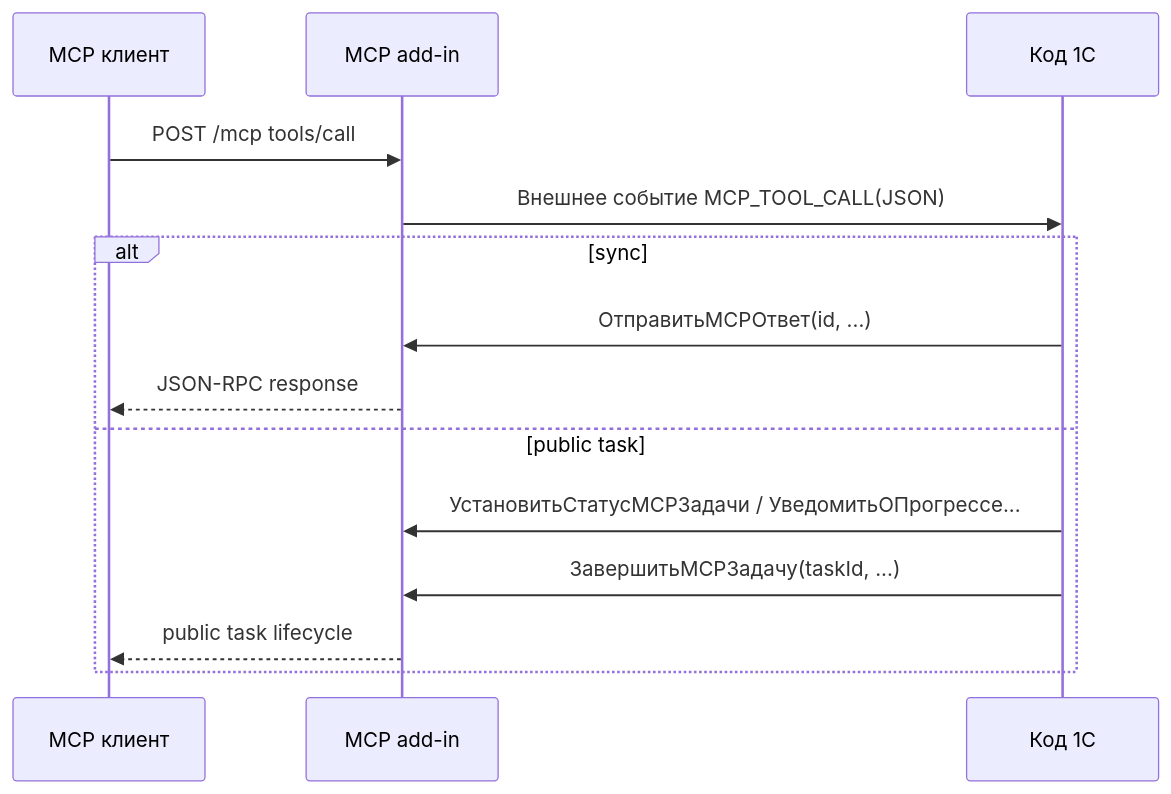
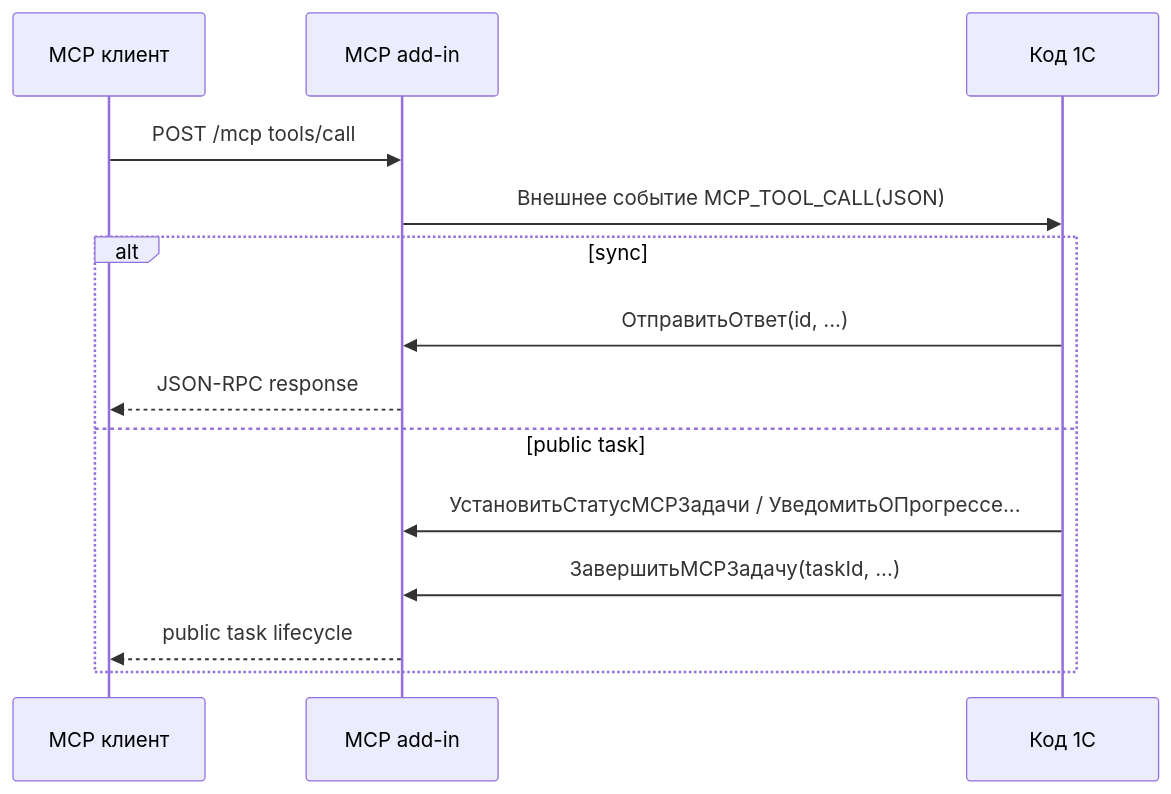
Before and after one commit to alkoleft/web-transport-addin: the sixth of 8 diagrams in docs/architecture/arc42/architecture.md, drawn with Mermaid. The commit also changed 4 other files, not shown here.

````diff
--- a/docs/architecture/arc42/architecture.md
+++ b/docs/architecture/arc42/architecture.md
@@ -281,17 +281,17 @@
 ```mermaid
 sequenceDiagram
     participant Client as MCP клиент
     participant Mcp as MCP add-in
     participant OneC as Код 1С
 
     Client->>Mcp: POST /mcp tools/call
     Mcp->>OneC: Внешнее событие MCP_TOOL_CALL(JSON)
     alt sync
-        OneC->>Mcp: ОтправитьMCPОтвет(id, ...)
+        OneC->>Mcp: ОтправитьОтвет(id, ...)
         Mcp-->>Client: JSON-RPC response
     else public task
         OneC->>Mcp: УстановитьСтатусMCPЗадачи / УведомитьОПрогрессе...
         OneC->>Mcp: ЗавершитьMCPЗадачу(taskId, ...)
         Mcp-->>Client: public task lifecycle
     end
 ```
````
